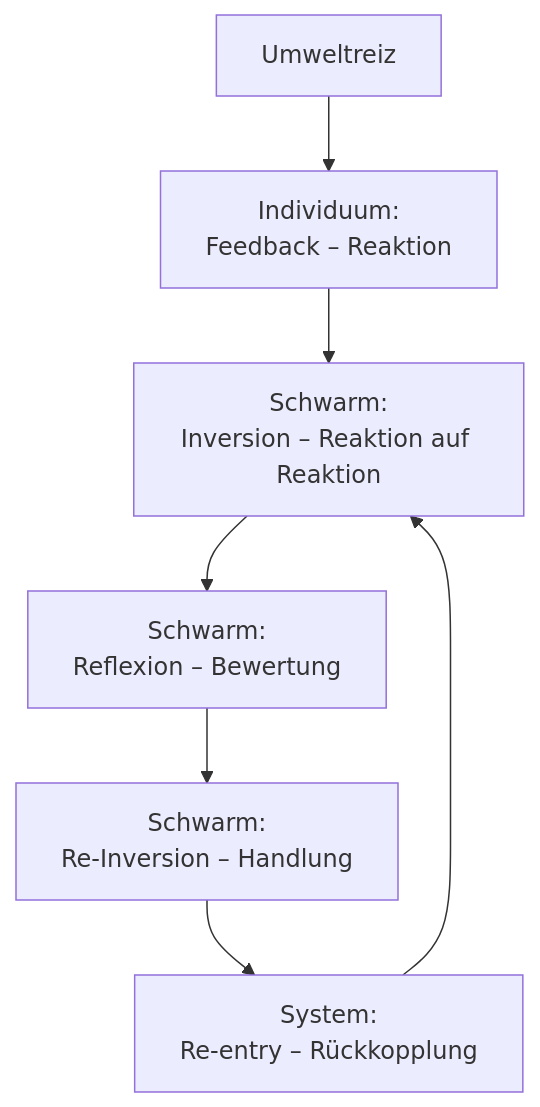
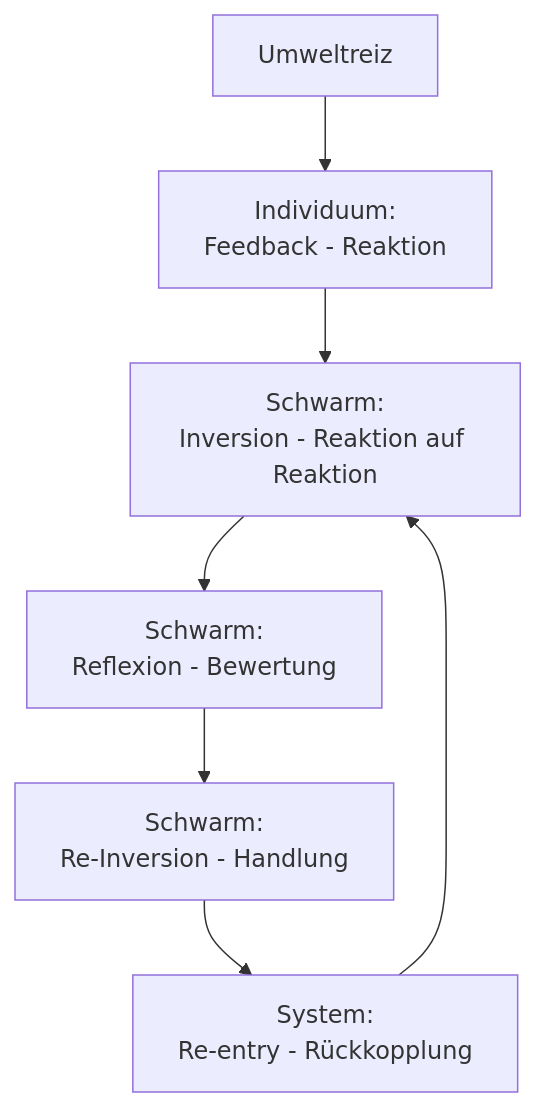
Before and after one commit to jochen-hanisch/research: the third of 3 diagrams in Fallstudien/Schwarmverhalten.md, drawn with Mermaid. The commit also changed other lines of this file, not shown here.

````diff
--- a/Fallstudien/Schwarmverhalten.md
+++ b/Fallstudien/Schwarmverhalten.md
@@ -72,16 +93,16 @@
 ```mermaid
 flowchart TD
   U[Umweltreiz]
-  I1[Individuum:<br>Feedback – Reaktion]
-  S1[Schwarm:<br>Inversion – Reaktion auf Reaktion]
-  S2[Schwarm:<br>Reflexion – Bewertung]
-  S3[Schwarm:<br>Re-Inversion – Handlung]
-  SY[System:<br>Re-entry – Rückkopplung]
+  I1[Individuum:<br>Feedback - Reaktion]
+  S1[Schwarm:<br>Inversion - Reaktion auf Reaktion]
+  S2[Schwarm:<br>Reflexion - Bewertung]
+  S3[Schwarm:<br>Re-Inversion - Handlung]
+  SY[System:<br>Re-entry - Rückkopplung]
 
   U --> I1
   I1 --> S1
   S1 --> S2
   S2 --> S3
   S3 --> SY
   SY --> S1
 ```
````
